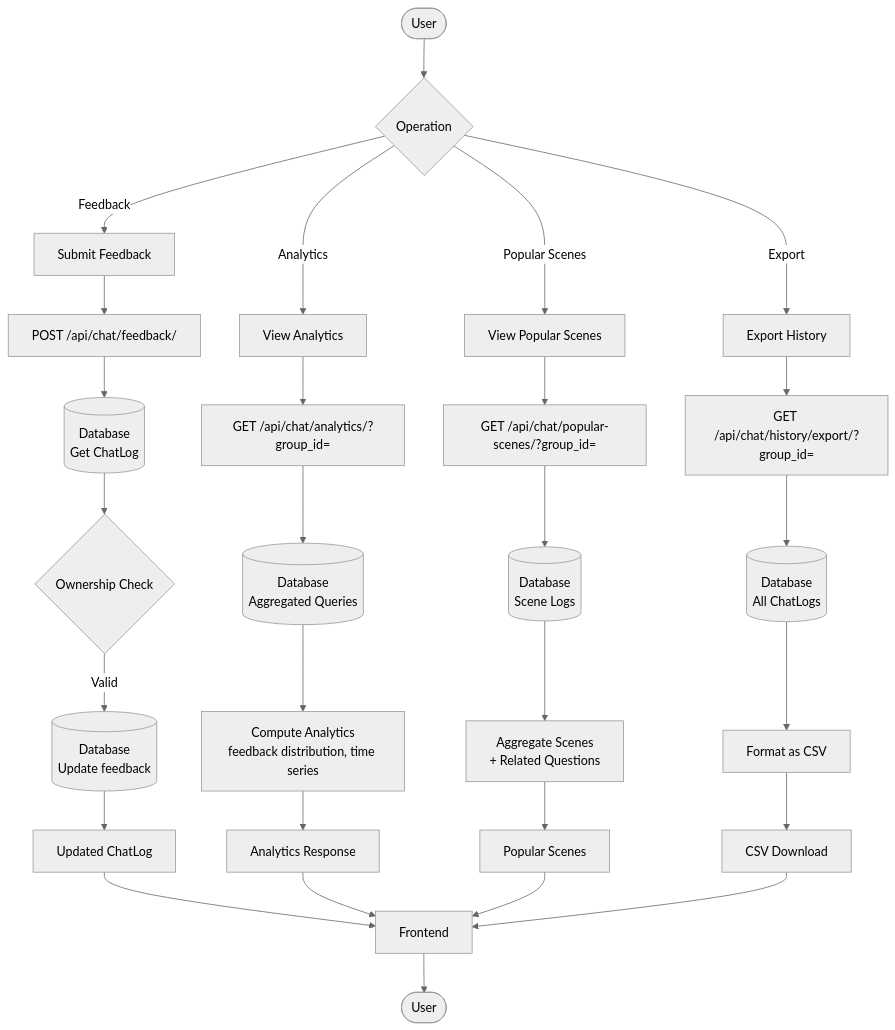
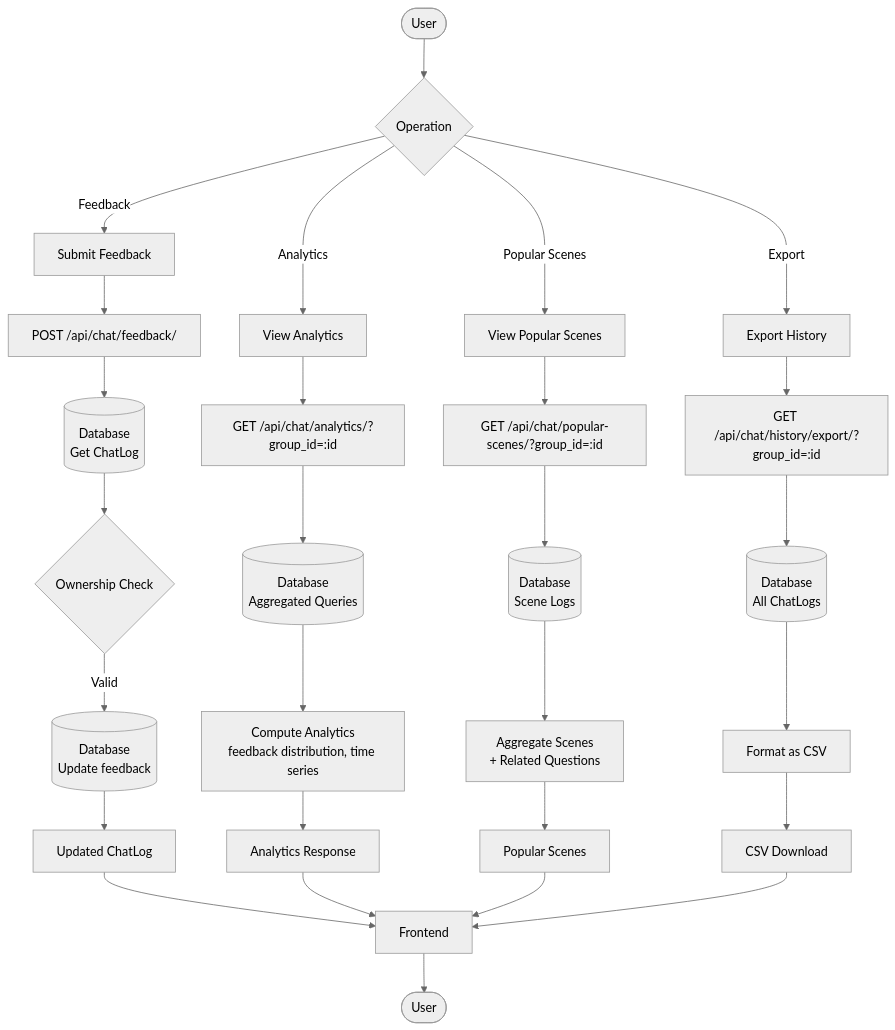
One commit to yukiharada1228/videoq changed the ninth of 9 diagrams in docs/database/data-flow-diagram.md. Above: the diagram before and after it, drawn with Mermaid (neutral theme). The commit also changed other lines of this file and 1 other file, not shown here.

Commit message:
docs: fix mermaid rendering compatibility

````diff
--- a/docs/database/data-flow-diagram.md
+++ b/docs/database/data-flow-diagram.md
@@ -317,36 +317,36 @@
 ```mermaid
 flowchart TD
     Start([User]) --> Action{Operation}
 
     Action -->|Feedback| Feedback[Submit Feedback]
     Action -->|Analytics| Analytics[View Analytics]
     Action -->|Popular Scenes| Scenes[View Popular Scenes]
     Action -->|Export| Export[Export History]
 
     Feedback --> API1[POST /api/chat/feedback/]
-    API1 --> GetLog[(Database<br/>Get ChatLog)]
+    API1 --> GetLog[(Database<br>Get ChatLog)]
     GetLog --> VerifyAccess{Ownership Check}
-    VerifyAccess -->|Valid| UpdateFeedback[(Database<br/>Update feedback)]
+    VerifyAccess -->|Valid| UpdateFeedback[(Database<br>Update feedback)]
     UpdateFeedback --> Response1[Updated ChatLog]
     Response1 --> Frontend
 
-    Analytics --> API2[GET /api/chat/analytics/?group_id=<id>]
-    API2 --> GetRawData[(Database<br/>Aggregated Queries)]
-    GetRawData --> ComputeAnalytics[Compute Analytics<br/>feedback distribution, time series]
+    Analytics --> API2[GET /api/chat/analytics/?group_id=:id]
+    API2 --> GetRawData[(Database<br>Aggregated Queries)]
+    GetRawData --> ComputeAnalytics[Compute Analytics<br>feedback distribution, time series]
     ComputeAnalytics --> Response2[Analytics Response]
     Response2 --> Frontend
 
-    Scenes --> API3[GET /api/chat/popular-scenes/?group_id=<id>]
-    API3 --> GetSceneLogs[(Database<br/>Scene Logs)]
-    GetSceneLogs --> AggregateScenes[Aggregate Scenes<br/>+ Related Questions]
+    Scenes --> API3[GET /api/chat/popular-scenes/?group_id=:id]
+    API3 --> GetSceneLogs[(Database<br>Scene Logs)]
+    GetSceneLogs --> AggregateScenes[Aggregate Scenes<br>+ Related Questions]
     AggregateScenes --> Response3[Popular Scenes]
     Response3 --> Frontend
 
-    Export --> API4[GET /api/chat/history/export/?group_id=<id>]
-    API4 --> GetAllLogs[(Database<br/>All ChatLogs)]
+    Export --> API4[GET /api/chat/history/export/?group_id=:id]
+    API4 --> GetAllLogs[(Database<br>All ChatLogs)]
     GetAllLogs --> FormatCSV[Format as CSV]
     FormatCSV --> Response4[CSV Download]
     Response4 --> Frontend
 
     Frontend --> End([User])
 ```
````
